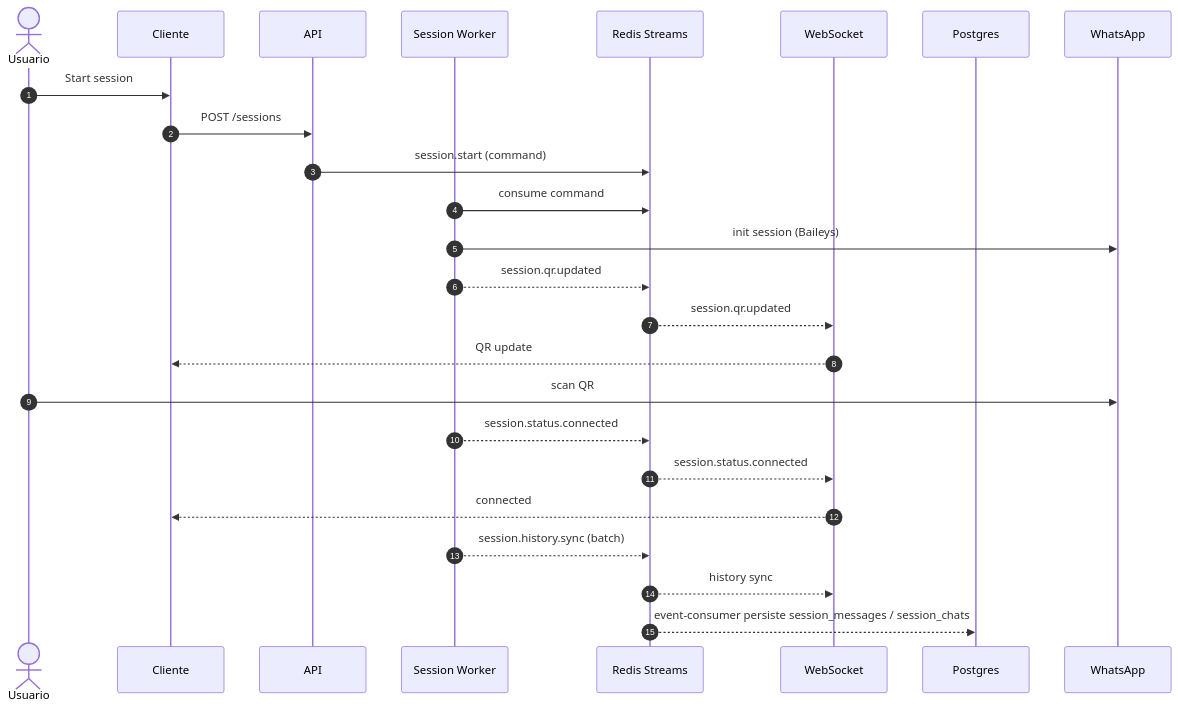
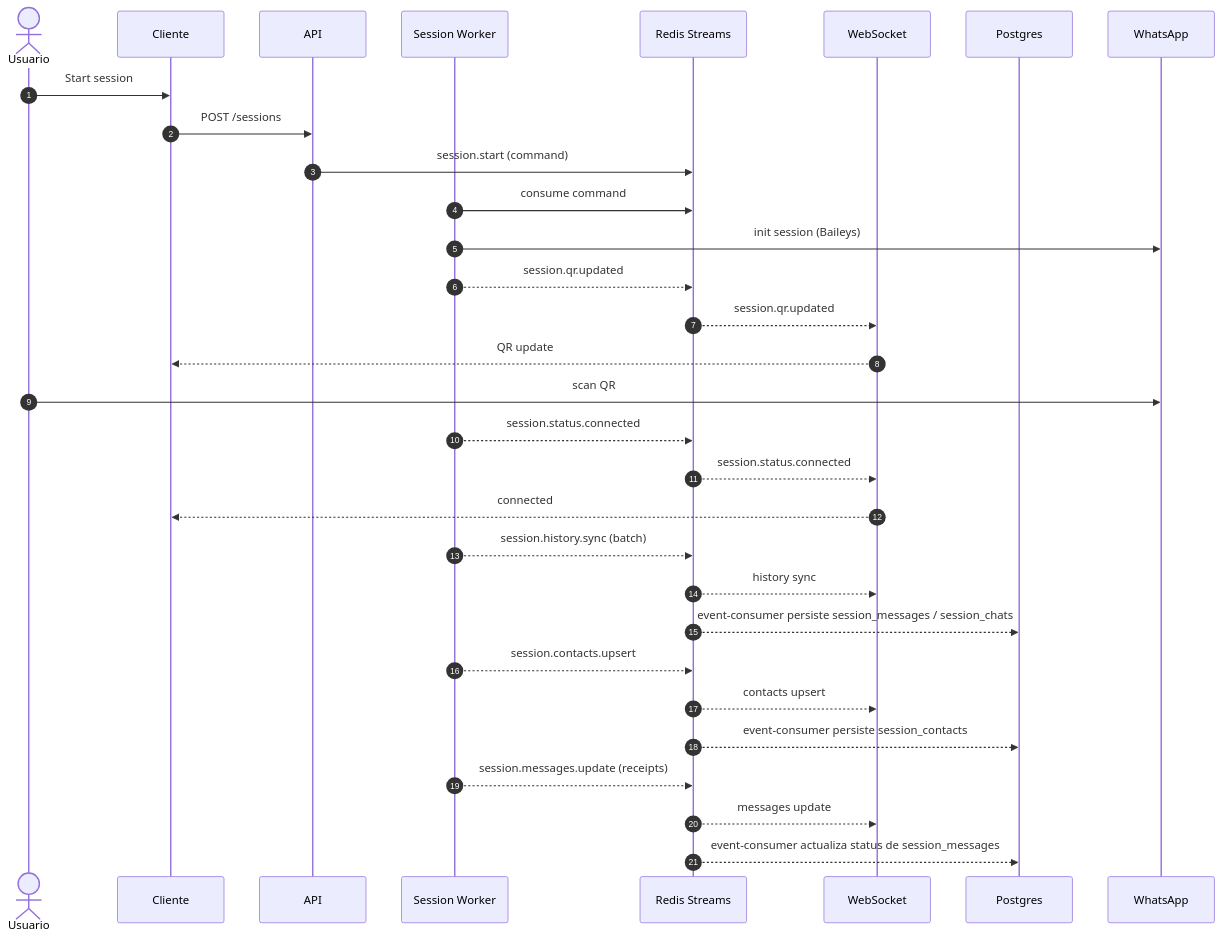
Before and after one commit to werpoz/anna: the fourth of 5 diagrams in docs/flow.md, drawn with Mermaid. The commit also changed other lines of this file and 30 other files, not shown here.

````diff
--- a/docs/flow.md
+++ b/docs/flow.md
@@ -89,28 +110,34 @@
 ```mermaid
 sequenceDiagram
   autonumber
   actor User as Usuario
   participant Client as Cliente
   participant API as API
   participant Worker as Session Worker
   participant Redis as Redis Streams
   participant WS as WebSocket
   participant DB as Postgres
   participant WA as WhatsApp
 
   User->>Client: Start session
   Client->>API: POST /sessions
   API->>Redis: session.start (command)
   Worker->>Redis: consume command
   Worker->>WA: init session (Baileys)
   Worker-->>Redis: session.qr.updated
   Redis-->>WS: session.qr.updated
   WS-->>Client: QR update
   User->>WA: scan QR
   Worker-->>Redis: session.status.connected
   Redis-->>WS: session.status.connected
   WS-->>Client: connected
   Worker-->>Redis: session.history.sync (batch)
   Redis-->>WS: history sync
   Redis-->>DB: event-consumer persiste session_messages / session_chats
+  Worker-->>Redis: session.contacts.upsert
+  Redis-->>WS: contacts upsert
+  Redis-->>DB: event-consumer persiste session_contacts
+  Worker-->>Redis: session.messages.update (receipts)
+  Redis-->>WS: messages update
+  Redis-->>DB: event-consumer actualiza status de session_messages
 ```
````
